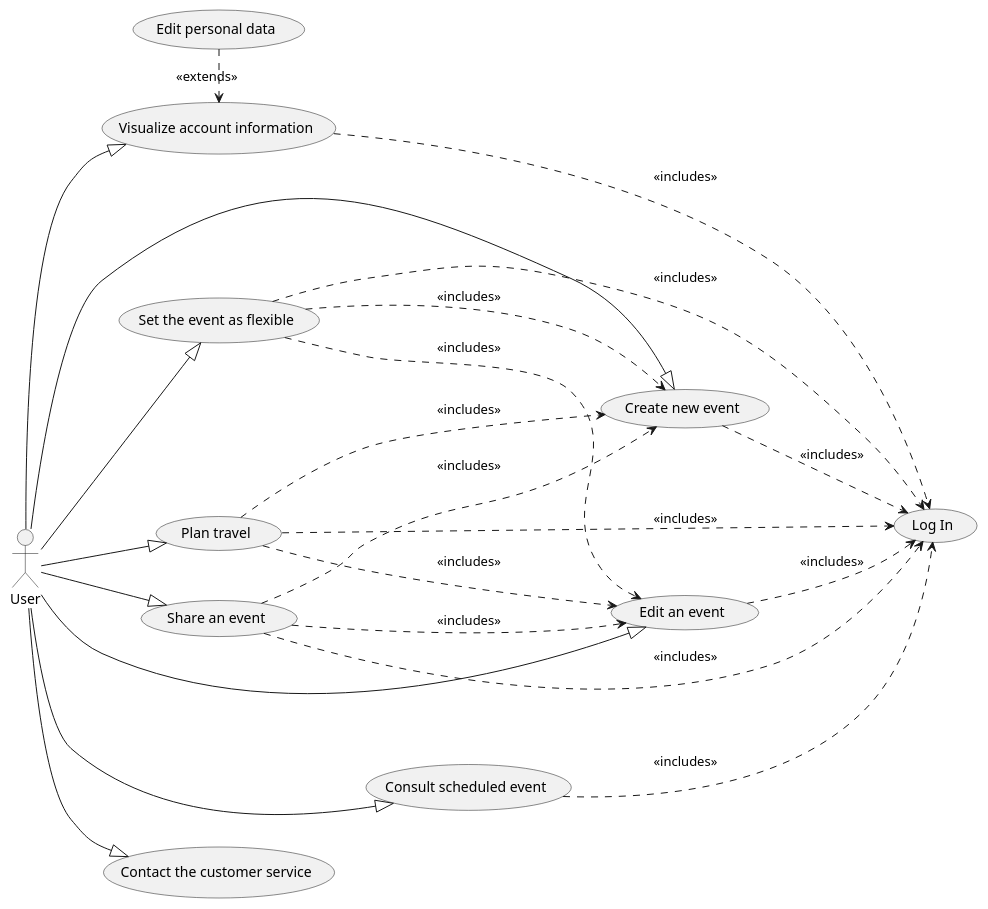
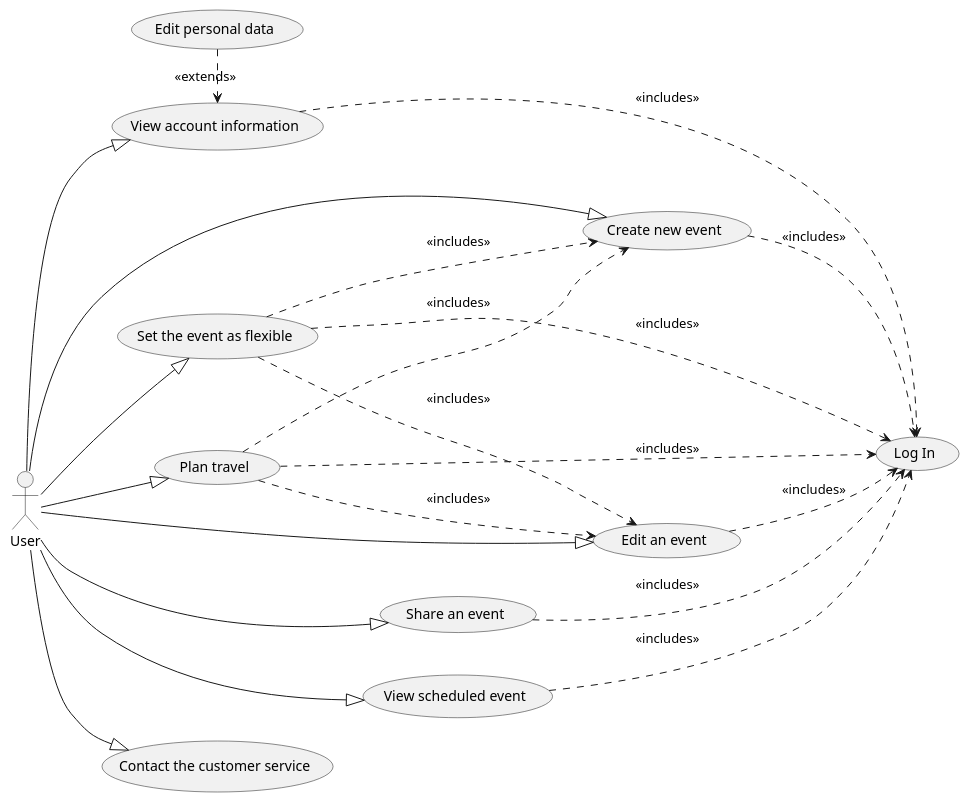
One commit to fcremo/AlfonsoCarsenzuolaCremonese-ingsw2 changed the diagram in rasd/use_case_diagram/use_case_user.plantuml. Above: the diagram before and after it, drawn with PlantUML. The commit also changed 6 other files, not shown here.

Commit message:
update use case diagram, sequence diagram

```diff
--- a/rasd/use_case_diagram/use_case_user.plantuml
+++ b/rasd/use_case_diagram/use_case_user.plantuml
@@ -1,37 +1,35 @@
 @startuml
 
 actor User
 
 left to right direction
 
 User --|> (Create new event)
 (Create new event) ..> (Log In) :<<includes>>
 
 User --|> (Edit an event)
 (Edit an event) ..> (Log In) :<<includes>>
 
 User --|> (Set the event as flexible)
 (Set the event as flexible) ..> (Create new event) :<<includes>>
 (Set the event as flexible) ..> (Edit an event) :<<includes>>
 (Set the event as flexible) ..> (Log In) :<<includes>>
 
 User --|> (Share an event)
-(Share an event) ..> (Create new event) :<<includes>>
-(Share an event) ..> (Edit an event) :<<includes>>
 (Share an event) ..> (Log In) :<<includes>>
 
 User --|> (Plan travel)
 (Plan travel) ..> (Create new event) :<<includes>>
 (Plan travel) ..> (Edit an event) :<<includes>>
 (Plan travel) ..> (Log In) :<<includes>>
 
-User --|> (Consult scheduled event)
-(Consult scheduled event) ..> (Log In) :<<includes>>
+User --|> (View scheduled event)
+(View scheduled event) ..> (Log In) :<<includes>>
 
-User --|> (Visualize account information)
-(Edit personal data) .> (Visualize account information) :<<extends>>
-(Visualize account information) ..> (Log In) :<<includes>>
+User --|> (View account information)
+(Edit personal data) .> (View account information) :<<extends>>
+(View account information) ..> (Log In) :<<includes>>
 
 User --|> (Contact the customer service)
 
 @enduml
```
